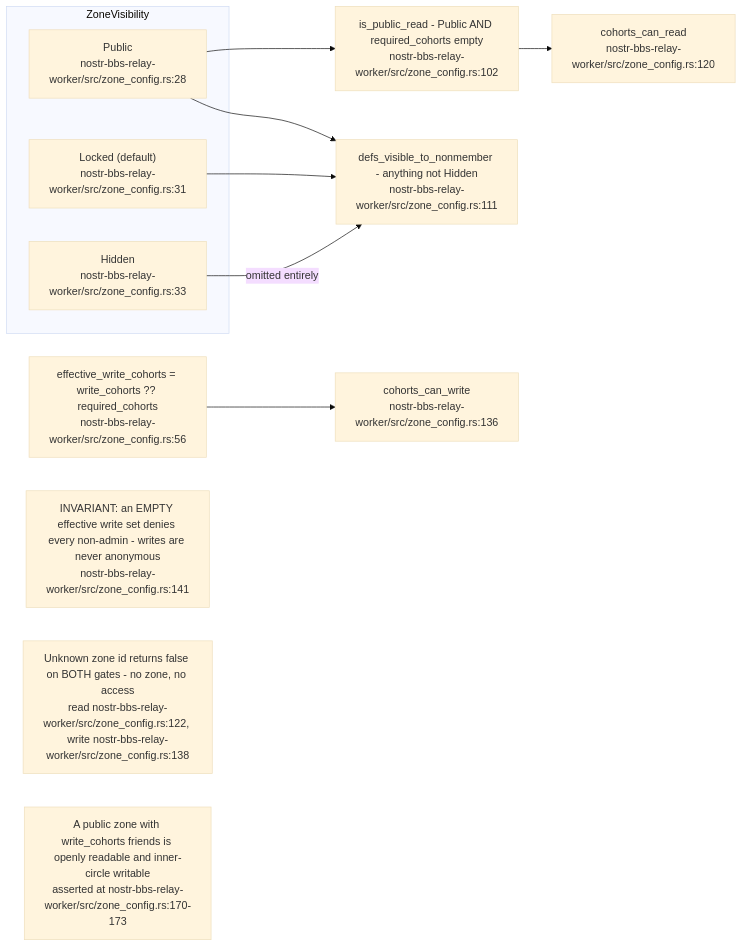
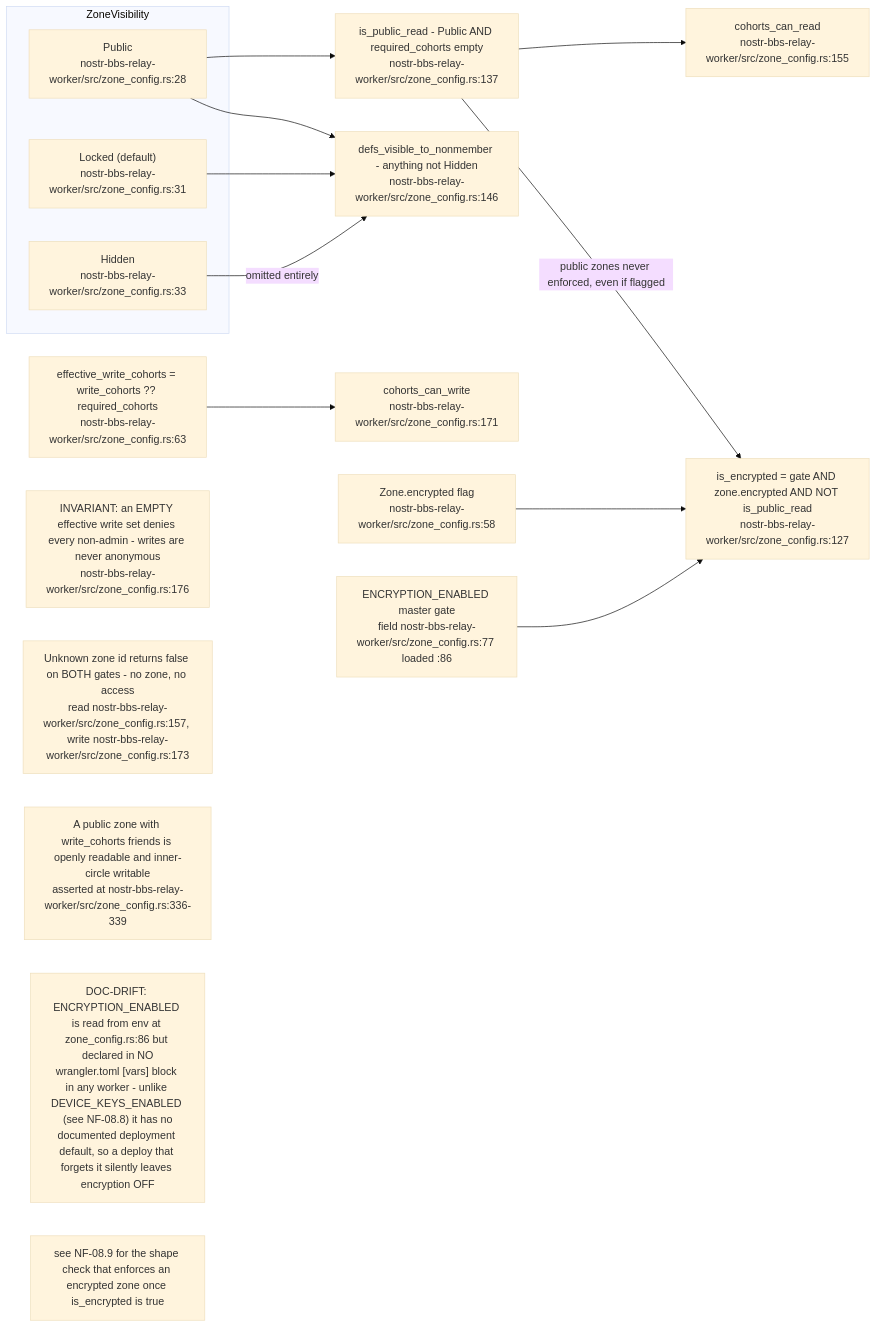
One commit to DreamLab-AI/VisionFlow changed the second of 9 diagrams in docs/diagrams/nostr-rust-forum/08-config-zones-stores-and-admin-authority.md. Above: the diagram before and after it, drawn with Mermaid (base theme). The commit also changed other lines of this file and 136 other files, not shown here.

First line of the commit message:
docs(diagrams): refresh the whole corpus to code HEAD and prune low-value diagrams

````diff
--- a/docs/diagrams/nostr-rust-forum/08-config-zones-stores-and-admin-authority.md
+++ b/docs/diagrams/nostr-rust-forum/08-config-zones-stores-and-admin-authority.md
@@ -61,23 +62,31 @@
 ```mermaid
 flowchart LR
     subgraph vis["ZoneVisibility"]
         PUB["Public<br/>nostr-bbs-relay-worker/src/zone_config.rs:28"]
         LOCK["Locked (default)<br/>nostr-bbs-relay-worker/src/zone_config.rs:31"]
         HID["Hidden<br/>nostr-bbs-relay-worker/src/zone_config.rs:33"]
     end
-    READ["cohorts_can_read<br/>nostr-bbs-relay-worker/src/zone_config.rs:120"]
-    WRITE["cohorts_can_write<br/>nostr-bbs-relay-worker/src/zone_config.rs:136"]
-    PUBR["is_public_read - Public AND required_cohorts empty<br/>nostr-bbs-relay-worker/src/zone_config.rs:102"]
-    DEFS["defs_visible_to_nonmember - anything not Hidden<br/>nostr-bbs-relay-worker/src/zone_config.rs:111"]
-    EFF["effective_write_cohorts = write_cohorts ?? required_cohorts<br/>nostr-bbs-relay-worker/src/zone_config.rs:56"]
+    READ["cohorts_can_read<br/>nostr-bbs-relay-worker/src/zone_config.rs:155"]
+    WRITE["cohorts_can_write<br/>nostr-bbs-relay-worker/src/zone_config.rs:171"]
+    PUBR["is_public_read - Public AND required_cohorts empty<br/>nostr-bbs-relay-worker/src/zone_config.rs:137"]
+    DEFS["defs_visible_to_nonmember - anything not Hidden<br/>nostr-bbs-relay-worker/src/zone_config.rs:146"]
+    EFF["effective_write_cohorts = write_cohorts ?? required_cohorts<br/>nostr-bbs-relay-worker/src/zone_config.rs:63"]
+    ZENC["Zone.encrypted flag<br/>nostr-bbs-relay-worker/src/zone_config.rs:58"]
+    MGATE["ENCRYPTION_ENABLED master gate<br/>field nostr-bbs-relay-worker/src/zone_config.rs:77 loaded :86"]
+    ISENC["is_encrypted = gate AND zone.encrypted AND NOT is_public_read<br/>nostr-bbs-relay-worker/src/zone_config.rs:127"]
 
     PUB --> PUBR --> READ
     LOCK --> DEFS
     PUB --> DEFS
     HID -->|"omitted entirely"| DEFS
     EFF --> WRITE
+    ZENC --> ISENC
+    MGATE --> ISENC
+    PUBR -->|"public zones never enforced, even if flagged"| ISENC
 
-    N1["INVARIANT: an EMPTY effective write set denies every non-admin - writes are never anonymous<br/>nostr-bbs-relay-worker/src/zone_config.rs:141"]
-    N2["Unknown zone id returns false on BOTH gates - no zone, no access<br/>read nostr-bbs-relay-worker/src/zone_config.rs:122, write nostr-bbs-relay-worker/src/zone_config.rs:138"]
-    N3["A public zone with write_cohorts friends is openly readable and inner-circle writable<br/>asserted at nostr-bbs-relay-worker/src/zone_config.rs:170-173"]
+    N1["INVARIANT: an EMPTY effective write set denies every non-admin - writes are never anonymous<br/>nostr-bbs-relay-worker/src/zone_config.rs:176"]
+    N2["Unknown zone id returns false on BOTH gates - no zone, no access<br/>read nostr-bbs-relay-worker/src/zone_config.rs:157, write nostr-bbs-relay-worker/src/zone_config.rs:173"]
+    N3["A public zone with write_cohorts friends is openly readable and inner-circle writable<br/>asserted at nostr-bbs-relay-worker/src/zone_config.rs:336-339"]
+    N4["DOC-DRIFT: ENCRYPTION_ENABLED is read from env at zone_config.rs:86 but declared in NO<br/>wrangler.toml [vars] block in any worker - unlike DEVICE_KEYS_ENABLED (see NF-08.8) it has no<br/>documented deployment default, so a deploy that forgets it silently leaves encryption OFF"]
+    N5["see NF-08.9 for the shape check that enforces an encrypted zone once is_encrypted is true"]
 ```
````
